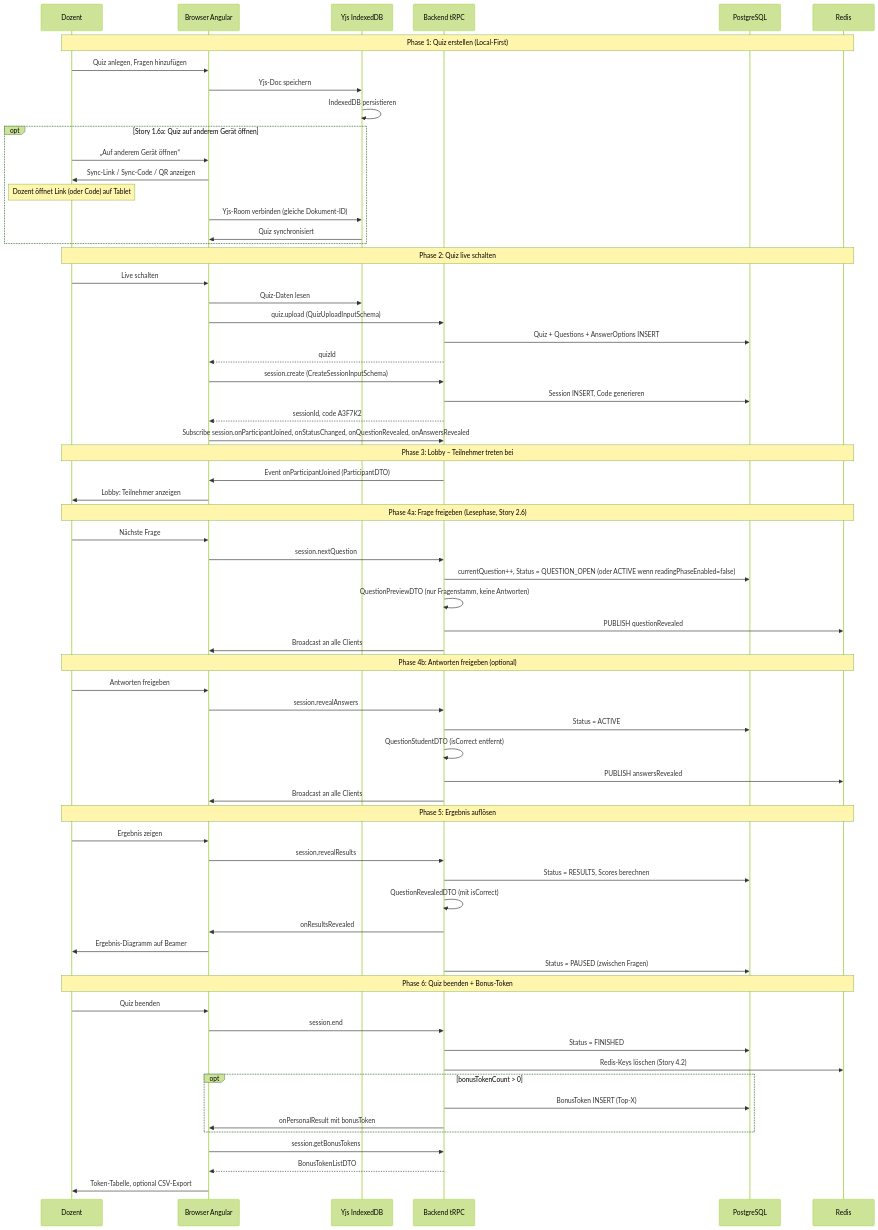
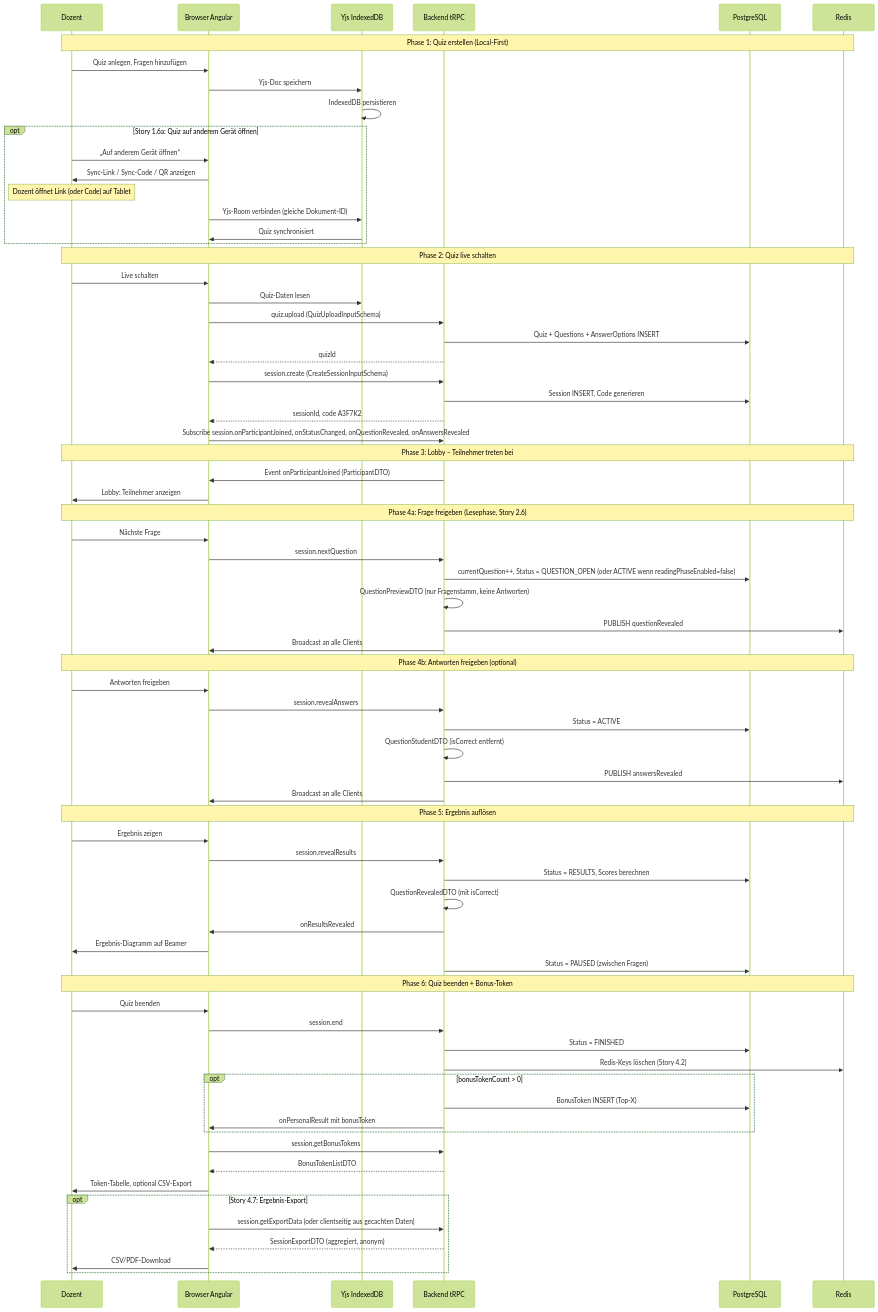
One commit to arsnova-dev/arsnova-click-v3 changed the fourth of 6 diagrams in docs/diagrams/diagrams.md. Above: the diagram before and after it, drawn with Mermaid (forest theme). The commit also changed 34 other files, not shown here.

````diff
--- a/docs/diagrams/diagrams.md
+++ b/docs/diagrams/diagrams.md
@@ -313,75 +313,80 @@
 ```mermaid
 sequenceDiagram
     participant D as Dozent
     participant FE as Browser Angular
     participant YJS as Yjs IndexedDB
     participant BE as Backend tRPC
     participant PG as PostgreSQL
     participant R as Redis
 
     Note over D,R: Phase 1: Quiz erstellen (Local-First)
     D->>FE: Quiz anlegen, Fragen hinzufügen
     FE->>YJS: Yjs-Doc speichern
     YJS->>YJS: IndexedDB persistieren
 
     opt Story 1.6a: Quiz auf anderem Gerät öffnen
         D->>FE: „Auf anderem Gerät öffnen“
         FE->>D: Sync-Link / Sync-Code / QR anzeigen
         Note over D: Dozent öffnet Link (oder Code) auf Tablet
         FE->>YJS: Yjs-Room verbinden (gleiche Dokument-ID)
         YJS->>FE: Quiz synchronisiert
     end
 
     Note over D,R: Phase 2: Quiz live schalten
     D->>FE: Live schalten
     FE->>YJS: Quiz-Daten lesen
     FE->>BE: quiz.upload (QuizUploadInputSchema)
     BE->>PG: Quiz + Questions + AnswerOptions INSERT
     BE-->>FE: quizId
     FE->>BE: session.create (CreateSessionInputSchema)
     BE->>PG: Session INSERT, Code generieren
     BE-->>FE: sessionId, code A3F7K2
     FE->>BE: Subscribe session.onParticipantJoined, onStatusChanged, onQuestionRevealed, onAnswersRevealed
 
     Note over D,R: Phase 3: Lobby – Teilnehmer treten bei
     BE->>FE: Event onParticipantJoined (ParticipantDTO)
     FE->>D: Lobby: Teilnehmer anzeigen
 
     Note over D,R: Phase 4a: Frage freigeben (Lesephase, Story 2.6)
     D->>FE: Nächste Frage
     FE->>BE: session.nextQuestion
     BE->>PG: currentQuestion++, Status = QUESTION_OPEN (oder ACTIVE wenn readingPhaseEnabled=false)
     BE->>BE: QuestionPreviewDTO (nur Fragenstamm, keine Antworten)
     BE->>R: PUBLISH questionRevealed
     BE->>FE: Broadcast an alle Clients
 
     Note over D,R: Phase 4b: Antworten freigeben (optional)
     D->>FE: Antworten freigeben
     FE->>BE: session.revealAnswers
     BE->>PG: Status = ACTIVE
     BE->>BE: QuestionStudentDTO (isCorrect entfernt)
     BE->>R: PUBLISH answersRevealed
     BE->>FE: Broadcast an alle Clients
 
     Note over D,R: Phase 5: Ergebnis auflösen
     D->>FE: Ergebnis zeigen
     FE->>BE: session.revealResults
     BE->>PG: Status = RESULTS, Scores berechnen
     BE->>BE: QuestionRevealedDTO (mit isCorrect)
     BE->>FE: onResultsRevealed
     FE->>D: Ergebnis-Diagramm auf Beamer
     BE->>PG: Status = PAUSED (zwischen Fragen)
 
     Note over D,R: Phase 6: Quiz beenden + Bonus-Token
     D->>FE: Quiz beenden
     FE->>BE: session.end
     BE->>PG: Status = FINISHED
     BE->>R: Redis-Keys löschen (Story 4.2)
     opt bonusTokenCount > 0
         BE->>PG: BonusToken INSERT (Top-X)
         BE->>FE: onPersonalResult mit bonusToken
     end
     FE->>BE: session.getBonusTokens
     BE-->>FE: BonusTokenListDTO
     FE->>D: Token-Tabelle, optional CSV-Export
+    opt Story 4.7: Ergebnis-Export
+        FE->>BE: session.getExportData (oder clientseitig aus gecachten Daten)
+        BE-->>FE: SessionExportDTO (aggregiert, anonym)
+        FE->>D: CSV/PDF-Download
+    end
 ```
````
